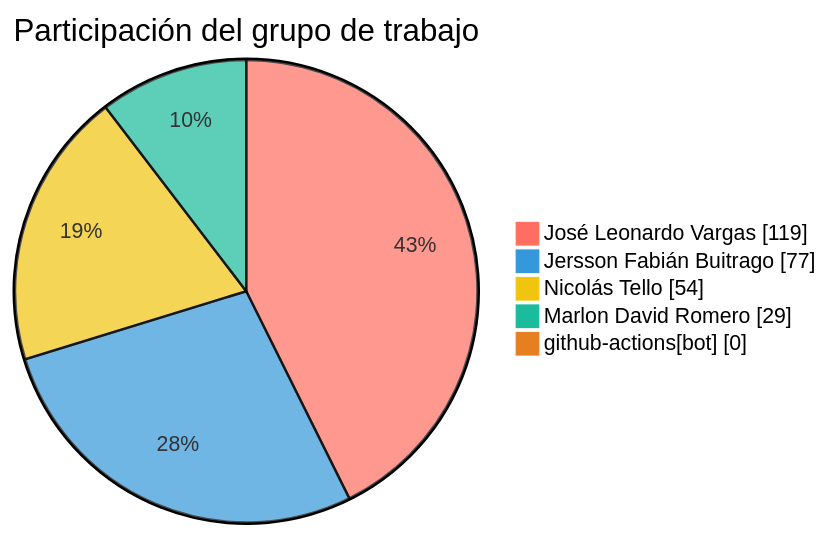
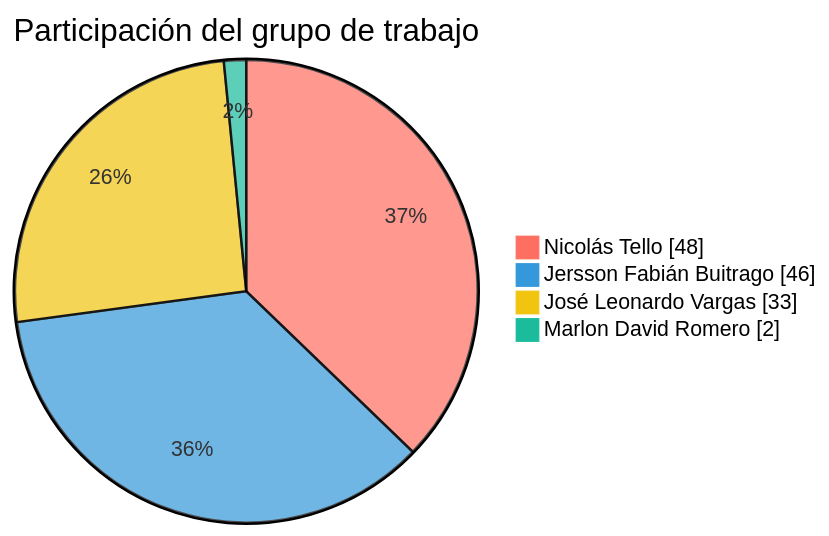
One commit to FarmaExpres/FarmaExpres changed the first of 2 diagrams in README.md. Above: the diagram before and after it, drawn with Mermaid. The commit also changed other lines of this file and 3 other files, not shown here.

````diff
--- a/README.md
+++ b/README.md
@@ -390,10 +389,9 @@
 ```mermaid
-%%{init: {"themeVariables": {"pie1": "#ff6f61", "pie2": "#3498db", "pie3": "#f1c40f", "pie4": "#1abc9c", "pie5": "#e67e22", "pieLabelColor": "#000000", "pieLabelFontSize": "24px", "pieLabelFontWeight": "700"}}}%%
+%%{init: {"themeVariables": {"pie1": "#ff6f61", "pie2": "#3498db", "pie3": "#f1c40f", "pie4": "#1abc9c", "pieLabelColor": "#000000", "pieLabelFontSize": "24px", "pieLabelFontWeight": "700"}}}%%
 pie showData
     title Participación del grupo de trabajo
-    "José Leonardo Vargas" : 119
-    "Jersson Fabián Buitrago" : 77
-    "Nicolás Tello" : 54
-    "Marlon David Romero" : 29
-    "github-actions[bot]" : 0
+    "Nicolás Tello" : 48
+    "Jersson Fabián Buitrago" : 46
+    "José Leonardo Vargas" : 33
+    "Marlon David Romero" : 2
 ```
````
